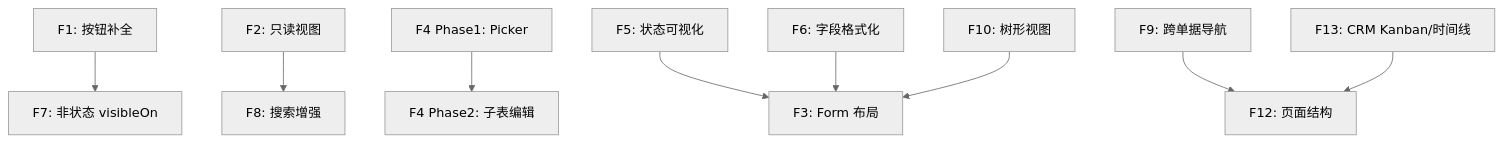
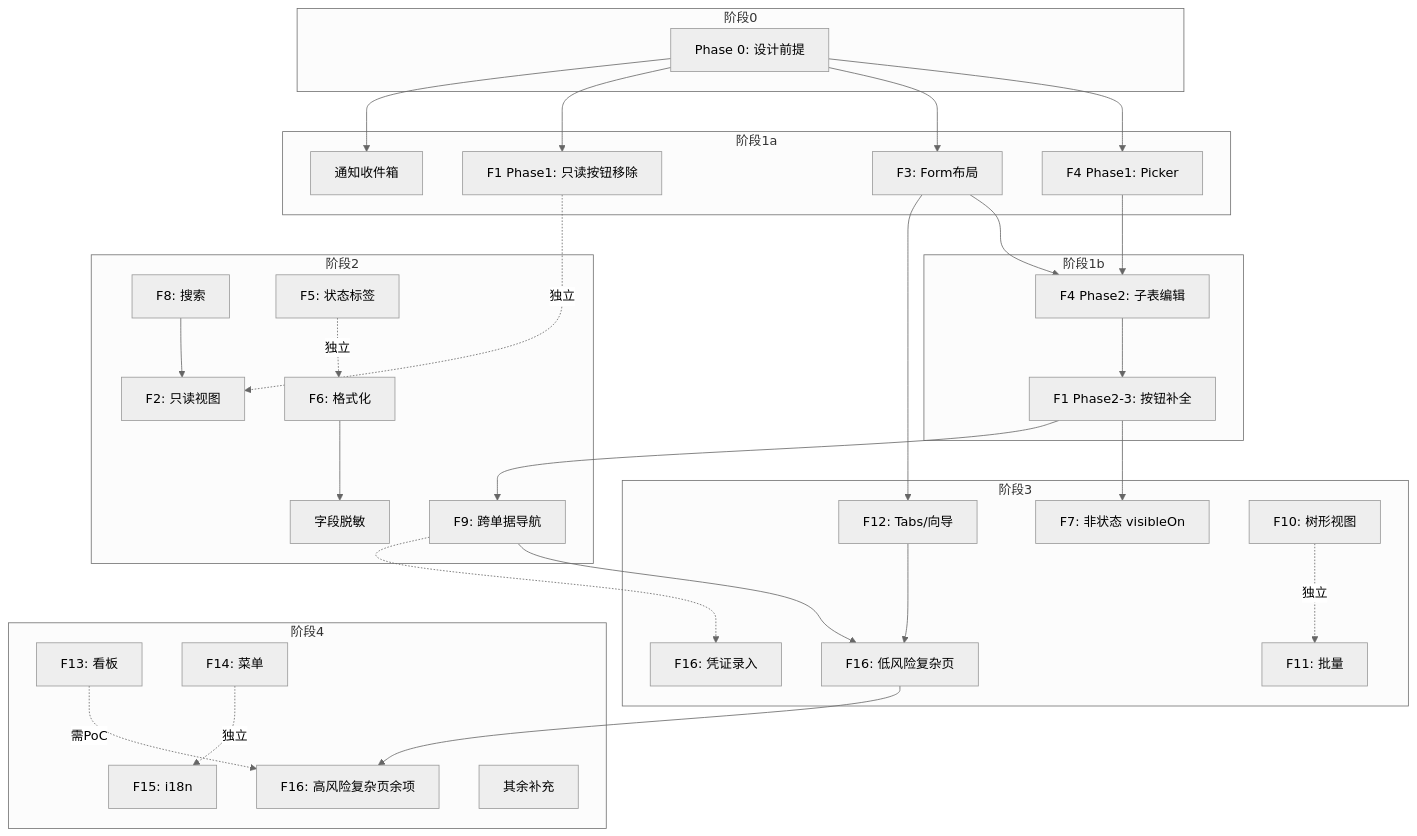
One commit to entropy-cloud/nop-app-erp changed the diagram in docs/backlog/frontend-ui-roadmap.md. Above: the diagram before and after it, drawn with Mermaid (neutral theme). The commit also changed other lines of this file and 10 other files, not shown here.

First line of the commit message:
docs(erp): plan-2026-07-19-0849 docs/log/roadmap update

````diff
--- a/docs/backlog/frontend-ui-roadmap.md
+++ b/docs/backlog/frontend-ui-roadmap.md
@@ -347,11 +396,60 @@
 ```mermaid
 graph TD
-    F1[F1: 按钮补全] --> F7[F7: 非状态 visibleOn]
-    F2[F2: 只读视图] --> F8[F8: 搜索增强]
-    F4p1[F4 Phase1: Picker] --> F4p2[F4 Phase2: 子表编辑]
-    F5[F5: 状态可视化] --> F3[F3: Form 布局]
-    F6[F6: 字段格式化] --> F3
-    F9[F9: 跨单据导航] --> F12[F12: 页面结构]
-    F10[F10: 树形视图] --> F3
-    F13[F13: CRM Kanban/时间线] --> F12
+    PO[Phase 0: 设计前提] --> F4p1[F4 Phase1: Picker]
+    PO --> F3[F3: Form布局]
+    PO --> F1p1[F1 Phase1: 只读按钮移除]
+    PO --> Cnotify[通知收件箱]
+    F4p1 --> F4p2[F4 Phase2: 子表编辑]
+    F3 --> F4p2
+    F4p2 --> F1p2[F1 Phase2-3: 按钮补全]
+    F1p2 --> F7[F7: 非状态 visibleOn]
+    F1p2 --> F9[F9: 跨单据导航]
+    F6[F6: 格式化] --> Csensitive[字段脱敏]
+    F3 --> F12[F12: Tabs/向导]
+    F12 --> F16l[F16: 低风险复杂页]
+    F16l --> F16h[F16: 高风险复杂页余项]
+    F9 --> F16l
+    F9 -.-> F16v[F16: 凭证录入]
+    F8[F8: 搜索] --> F2[F2: 只读视图]
+    F5[F5: 状态标签] -.->|独立| F6
+    F13[F13: 看板] -.->|需PoC| F16h
+    F10[F10: 树形视图] -.->|独立| F11[F11: 批量]
+    F14[F14: 菜单] -.->|独立| F15[F15: i18n]
+    F1p1 -.->|独立| F2
+    subgraph 阶段0
+        PO
+    end
+    subgraph 阶段1a
+        F4p1
+        F1p1
+        F3
+        Cnotify
+    end
+    subgraph 阶段1b
+        F4p2
+        F1p2
+    end
+    subgraph 阶段2
+        F5
+        F6
+        F8
+        F2
+        F9
+        Csensitive
+    end
+    subgraph 阶段3
+        F7
+        F10
+        F12
+        F16v
+        F16l
+        F11
+    end
+    subgraph 阶段4
+        F13
+        F15
+        F14
+        F16h
+        CrossR[其余补充]
+    end
 ```
````
